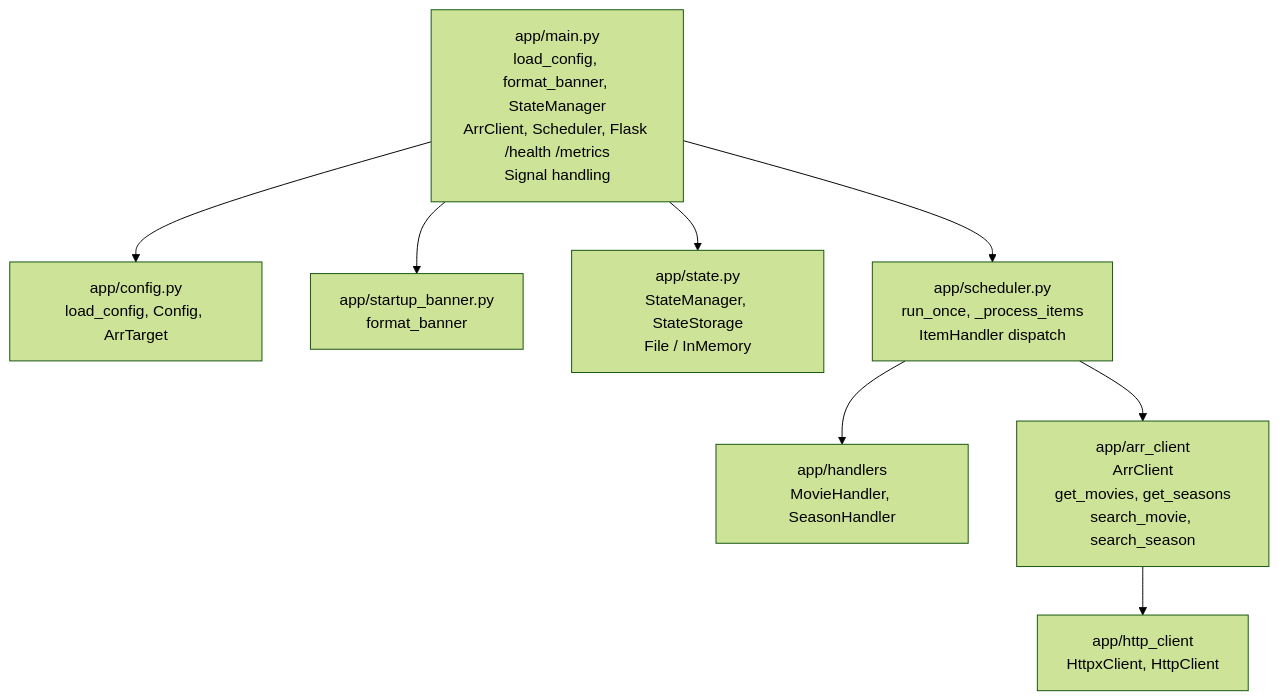
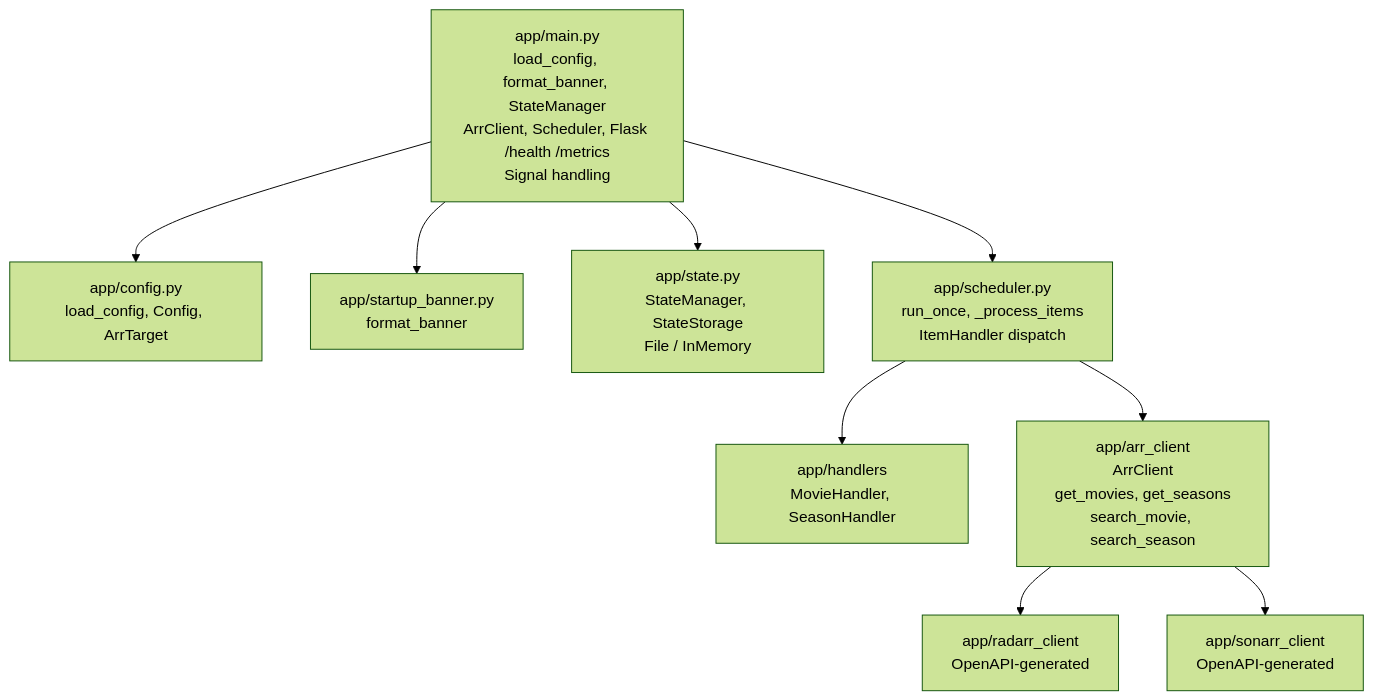
One commit to peterjdolan/gatherarr changed the diagram in SYSTEM.md. Above: the diagram before and after it, drawn with Mermaid (forest theme). The commit also changed other lines of this file and 911 other files, not shown here.

First line of the commit message:
Use OpenAPI-generated client stubs for Radarr and Sonarr

````diff
--- a/SYSTEM.md
+++ b/SYSTEM.md
@@ -18,19 +18,21 @@
 ```mermaid
 flowchart TD
     Main["app/main.py<br>load_config, format_banner, StateManager<br>ArrClient, Scheduler, Flask /health /metrics<br>Signal handling"]
     Config["app/config.py<br>load_config, Config, ArrTarget"]
     Banner["app/startup_banner.py<br>format_banner"]
     State["app/state.py<br>StateManager, StateStorage<br>File / InMemory"]
     Scheduler["app/scheduler.py<br>run_once, _process_items<br>ItemHandler dispatch"]
     Handlers["app/handlers<br>MovieHandler, SeasonHandler"]
     ArrClient["app/arr_client<br>ArrClient<br>get_movies, get_seasons<br>search_movie, search_season"]
-    HttpClient["app/http_client<br>HttpxClient, HttpClient"]
+    RadarrClient["app/radarr_client<br>OpenAPI-generated"]
+    SonarrClient["app/sonarr_client<br>OpenAPI-generated"]
 
     Main --> Config
     Main --> Banner
     Main --> State
     Main --> Scheduler
     Scheduler --> Handlers
     Scheduler --> ArrClient
-    ArrClient --> HttpClient
+    ArrClient --> RadarrClient
+    ArrClient --> SonarrClient
 ```
````
